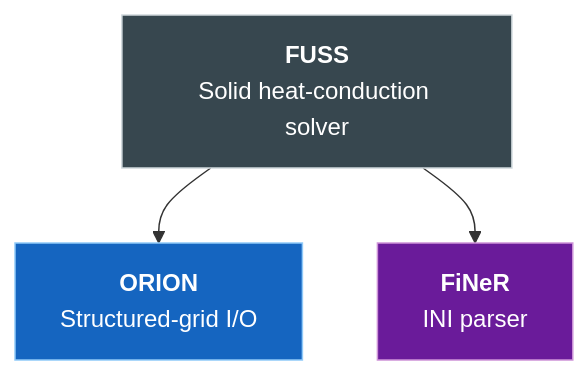
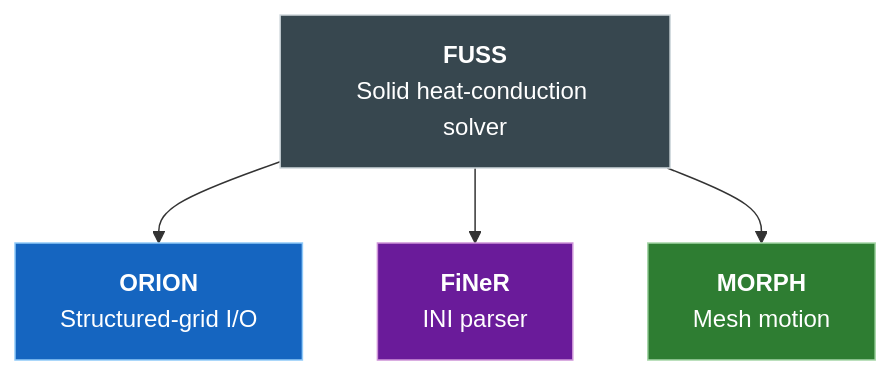
Before and after one commit to open-hydra/FUSS: the first of 8 diagrams in docs/development/structure.md, drawn with Mermaid. The commit also changed other lines of this file and 2 other files, not shown here.

First line of the commit message:
docs: MORPH is the third submodule (README, installation, structure)

````diff
--- a/docs/development/structure.md
+++ b/docs/development/structure.md
@@ -64,13 +65,16 @@
 ```mermaid
 graph TD
     FUSS["<b>FUSS</b><br/>Solid heat-conduction solver"]
     ORION["<b>ORION</b><br/>Structured-grid I/O"]
     FiNeR["<b>FiNeR</b><br/>INI parser"]
+    MORPH["<b>MORPH</b><br/>Mesh motion"]
 
     FUSS --> ORION
     FUSS --> FiNeR
+    FUSS --> MORPH
 
     style FUSS fill:#37474f,stroke:#cfd8dc,color:#fff
     style ORION fill:#1565c0,stroke:#90caf9,color:#fff
     style FiNeR fill:#6a1b9a,stroke:#ce93d8,color:#fff
+    style MORPH fill:#2e7d32,stroke:#a5d6a7,color:#fff
 ```
````
